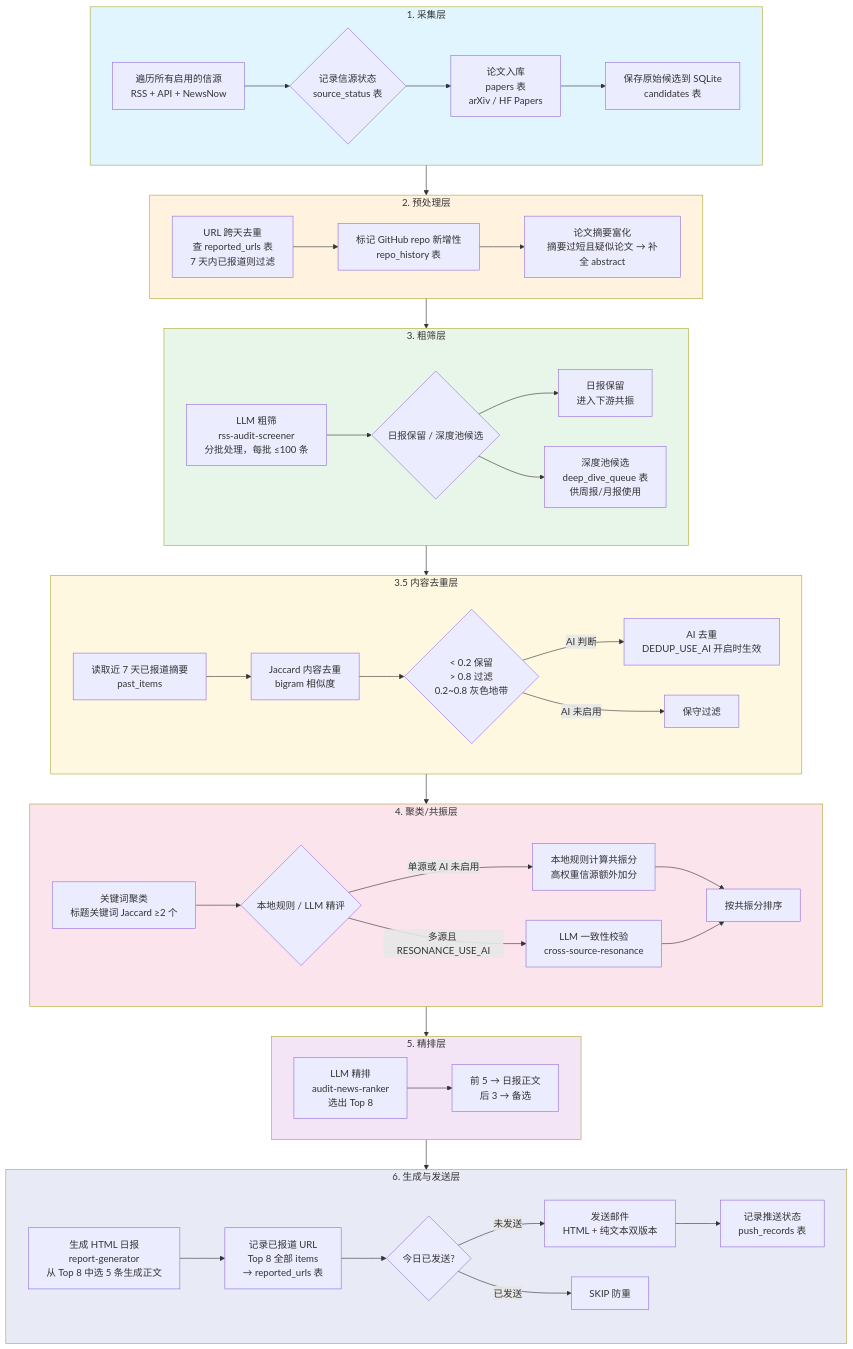
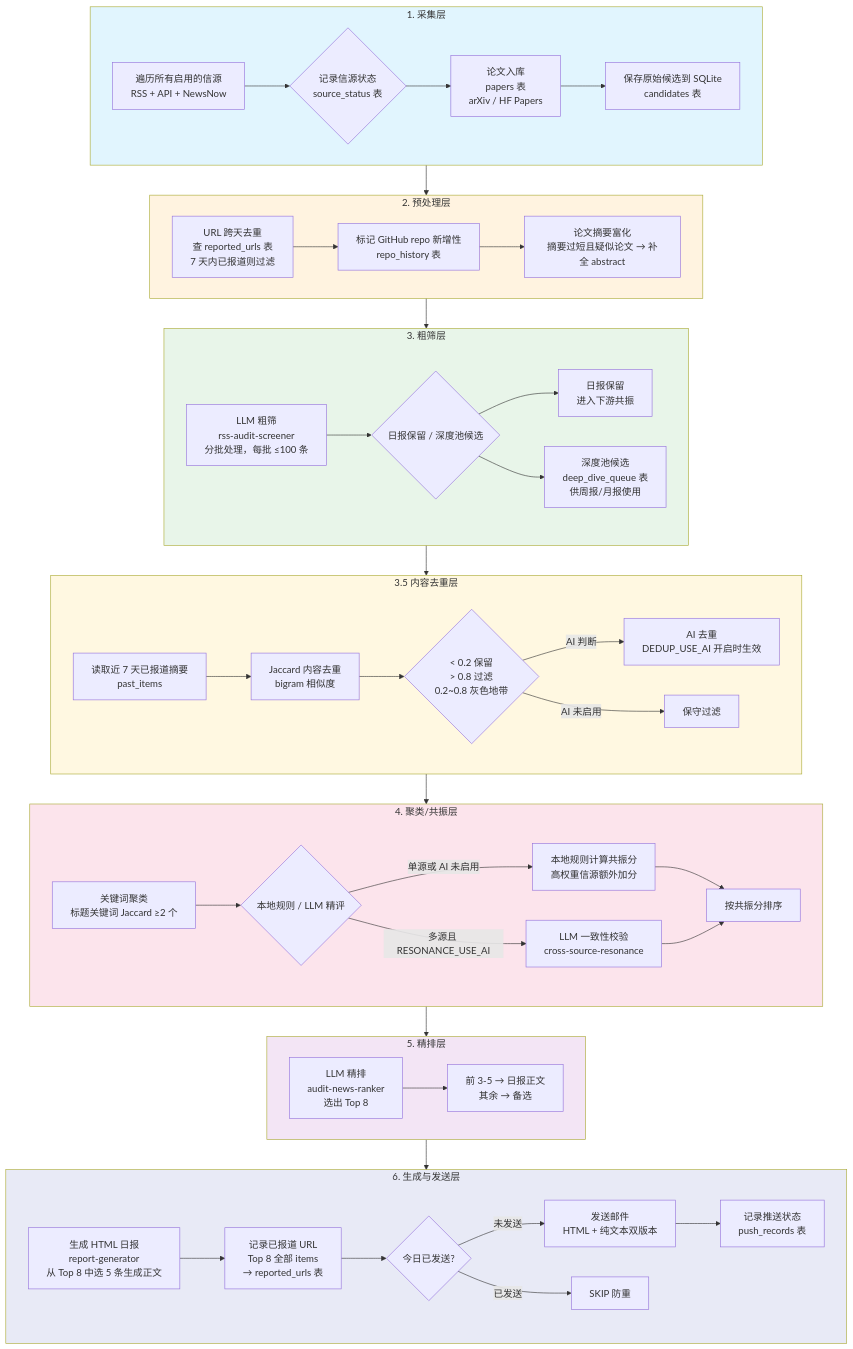
The first of 3 diagrams in FLOW.md (cccz1117/audit-radar), drawn with Mermaid before and after one commit. The commit also changed other lines of this file and 8 other files, not shown here.

````diff
--- a/FLOW.md
+++ b/FLOW.md
@@ -7,64 +7,64 @@
 ```mermaid
 ---
 id: 7bc3c93b-d900-4bca-8a35-8787f14d7924
 ---
 flowchart TD
     subgraph Phase1["1. 采集层"]
         A1[遍历所有启用的信源<br/>RSS + API + NewsNow] --> A2{记录信源状态<br/>source_status 表}
         A2 --> A3[论文入库<br/>papers 表<br/>arXiv / HF Papers]
         A3 --> A4[保存原始候选到 SQLite<br/>candidates 表]
     end
 
     subgraph Phase2["2. 预处理层"]
         B1[URL 跨天去重<br/>查 reported_urls 表<br/>7 天内已报道则过滤] --> B2[标记 GitHub repo 新增性<br/>repo_history 表]
         B2 --> B3[论文摘要富化<br/>摘要过短且疑似论文 → 补全 abstract]
     end
 
     subgraph Phase3["3. 粗筛层"]
         C1[LLM 粗筛<br/>rss-audit-screener<br/>分批处理，每批 ≤100 条] --> C2{日报保留 / 深度池候选}
         C2 --> C3[日报保留<br/>进入下游共振]
         C2 --> C4[深度池候选<br/>deep_dive_queue 表<br/>供周报/月报使用]
     end
 
     subgraph Phase3_5["3.5 内容去重层"]
         D0[读取近 7 天已报道摘要<br/>past_items] --> D1[Jaccard 内容去重<br/>bigram 相似度]
         D1 --> D2{"< 0.2 保留<br/>> 0.8 过滤<br/>0.2~0.8 灰色地带"}
         D2 -->|AI 判断| D3[AI 去重<br/>DEDUP_USE_AI 开启时生效]
         D2 -->|AI 未启用| D4[保守过滤]
     end
 
     subgraph Phase4["4. 聚类/共振层"]
         E1[关键词聚类<br/>标题关键词 Jaccard ≥2 个] --> E2{本地规则 / LLM 精评}
         E2 -->|单源或 AI 未启用| E3[本地规则计算共振分<br/>高权重信源额外加分]
         E2 -->|多源且 RESONANCE_USE_AI| E4[LLM 一致性校验<br/>cross-source-resonance]
         E3 --> E5[按共振分排序]
         E4 --> E5
     end
 
     subgraph Phase5["5. 精排层"]
-        F1[LLM 精排<br/>audit-news-ranker<br/>选出 Top 8] --> F2["前 5 → 日报正文<br/>后 3 → 备选"]
+        F1[LLM 精排<br/>audit-news-ranker<br/>选出 Top 8] --> F2["前 3-5 → 日报正文<br/>其余 → 备选"]
     end
 
     subgraph Phase6["6. 生成与发送层"]
         G1[生成 HTML 日报<br/>report-generator<br/>从 Top 8 中选 5 条生成正文] --> G2[记录已报道 URL<br/>Top 8 全部 items<br/>→ reported_urls 表]
         G2 --> G3{今日已发送?}
         G3 -->|未发送| G4[发送邮件<br/>HTML + 纯文本双版本]
         G3 -->|已发送| G5[SKIP 防重]
         G4 --> G6[记录推送状态<br/>push_records 表]
     end
 
     Phase1 --> Phase2
     Phase2 --> Phase3
     Phase3 --> Phase3_5
     Phase3_5 --> Phase4
     Phase4 --> Phase5
     Phase5 --> Phase6
 
     style Phase1 fill:#e1f5fe
     style Phase2 fill:#fff3e0
     style Phase3 fill:#e8f5e9
     style Phase3_5 fill:#fff8e1
     style Phase4 fill:#fce4ec
     style Phase5 fill:#f3e5f5
     style Phase6 fill:#e8eaf6
 ```
````
